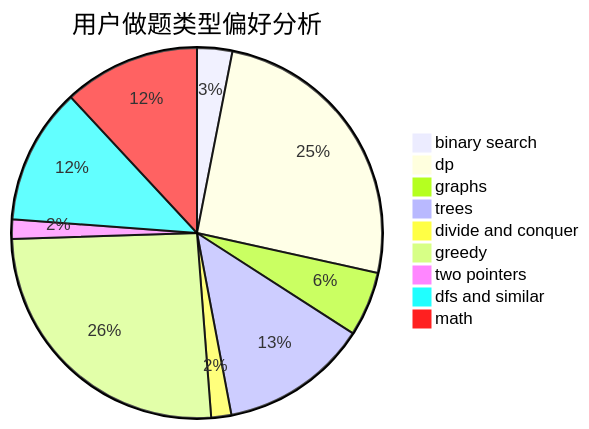
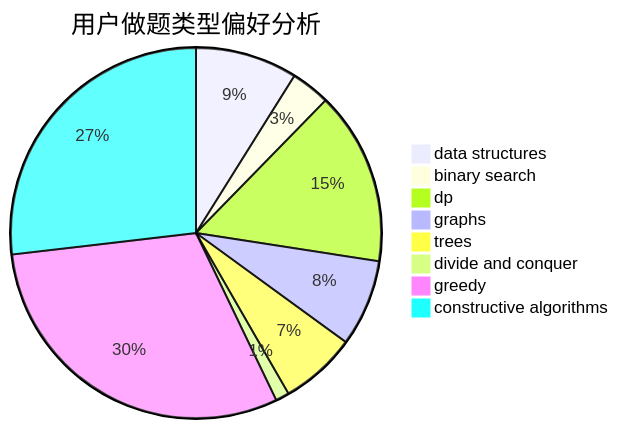
The second of 3 diagrams in docs/user/u2550.md (sherpahu/cfrs.github.io), drawn with Mermaid before and after one commit. The commit also changed other lines of this file and 2775 other files, not shown here.

````diff
--- a/docs/user/u2550.md
+++ b/docs/user/u2550.md
@@ -23,12 +23,11 @@
 ```mermaid
 pie title 用户做题类型偏好分析
-    "binary search" :  49
-    "dp" :  405
-    "graphs" :  90
-    "trees" :  206
-    "divide and conquer" :  28
-    "greedy" :  410
-    "two pointers" :  27
-    "dfs and similar" :  190
-    "math" :  190
+    "data structures" :  60
+    "binary search" :  23
+    "dp" :  102
+    "graphs" :  51
+    "trees" :  45
+    "divide and conquer" :  8
+    "greedy" :  204
+    "constructive algorithms" :  181
 ```
````
